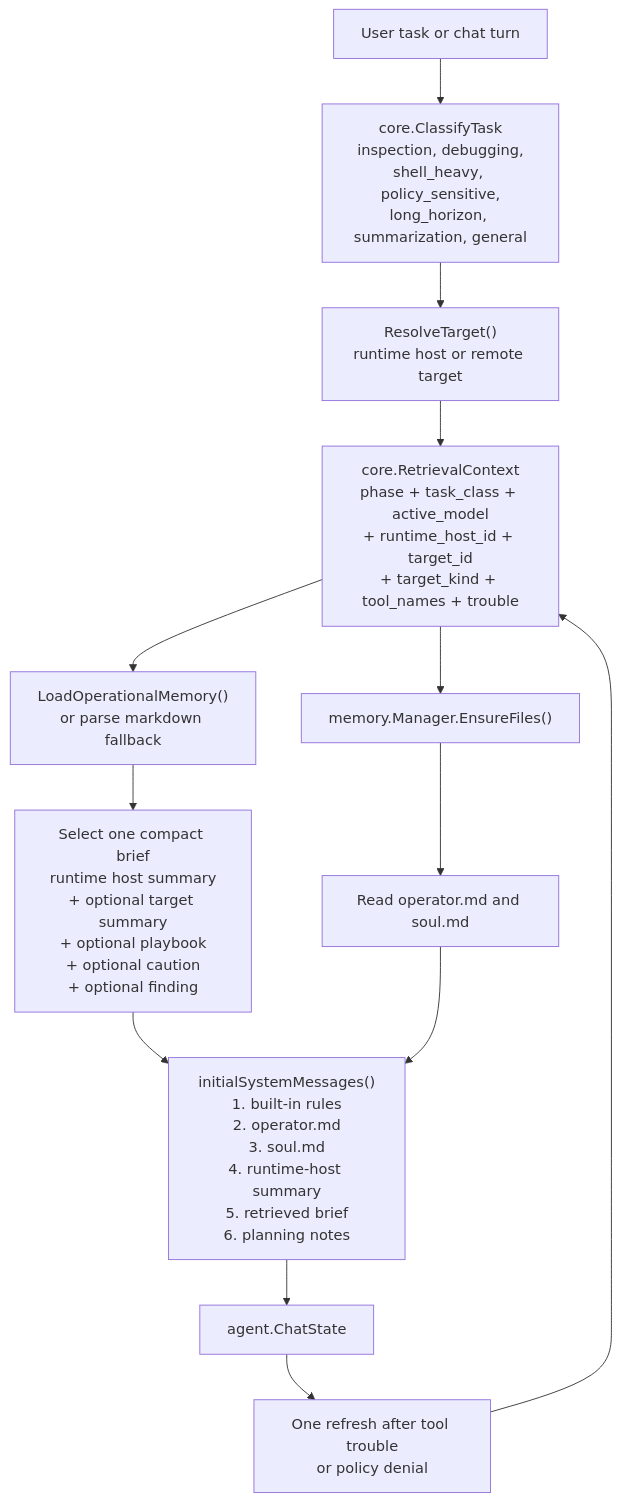
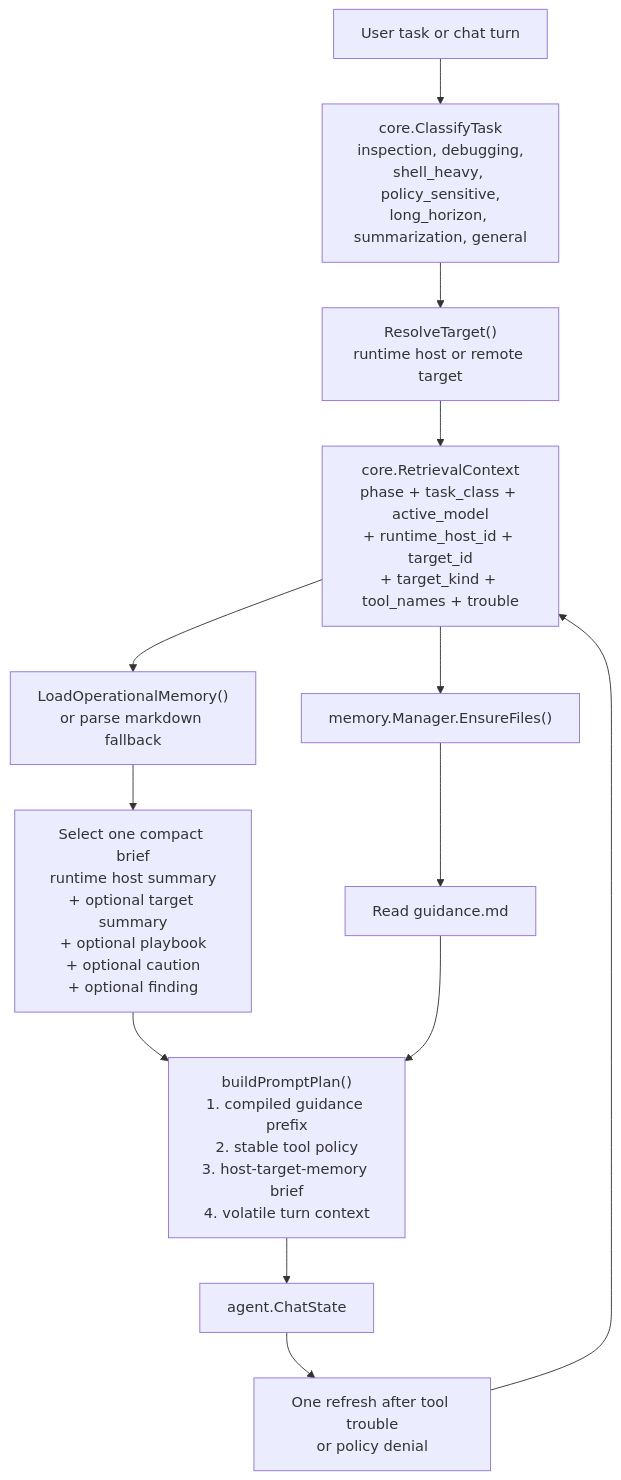
Before and after one commit to Glebenator/CvkeHarness: the second of 8 diagrams in docs/project-visual-guide.md, drawn with Mermaid. The commit also changed other lines of this file and 61 other files, not shown here.

````diff
--- a/docs/project-visual-guide.md
+++ b/docs/project-visual-guide.md
@@ -68,21 +68,21 @@
 ```mermaid
 flowchart TD
     task["User task or chat turn"]
     classify["core.ClassifyTask\ninspection, debugging,\nshell_heavy, policy_sensitive,\nlong_horizon, summarization, general"]
     resolve["ResolveTarget()\nruntime host or remote target"]
     retrieval["core.RetrievalContext\nphase + task_class + active_model\n+ runtime_host_id + target_id\n+ target_kind + tool_names + trouble"]
     ensure["memory.Manager.EnsureFiles()"]
-    files["Read operator.md and soul.md"]
+    files["Read guidance.md"]
     stateLoad["LoadOperationalMemory()\nor parse markdown fallback"]
     rank["Select one compact brief\nruntime host summary\n+ optional target summary\n+ optional playbook\n+ optional caution\n+ optional finding"]
-    stack["initialSystemMessages()\n1. built-in rules\n2. operator.md\n3. soul.md\n4. runtime-host summary\n5. retrieved brief\n6. planning notes"]
+    stack["buildPromptPlan()\n1. compiled guidance prefix\n2. stable tool policy\n3. host-target-memory brief\n4. volatile turn context"]
     chat["agent.ChatState"]
     refresh["One refresh after tool trouble\nor policy denial"]
 
     task --> classify --> resolve --> retrieval
     retrieval --> ensure --> files
     retrieval --> stateLoad --> rank --> stack
     files --> stack --> chat
     chat --> refresh
     refresh --> retrieval
 ```
````
